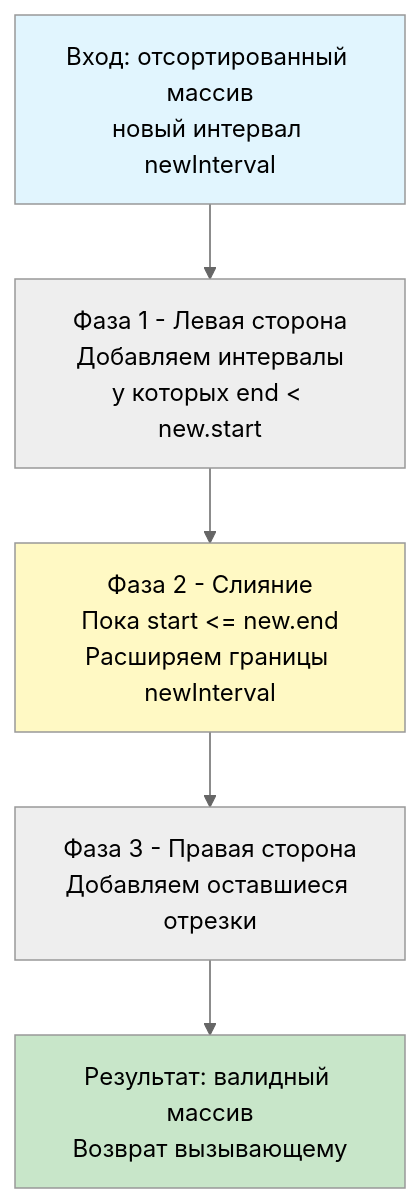
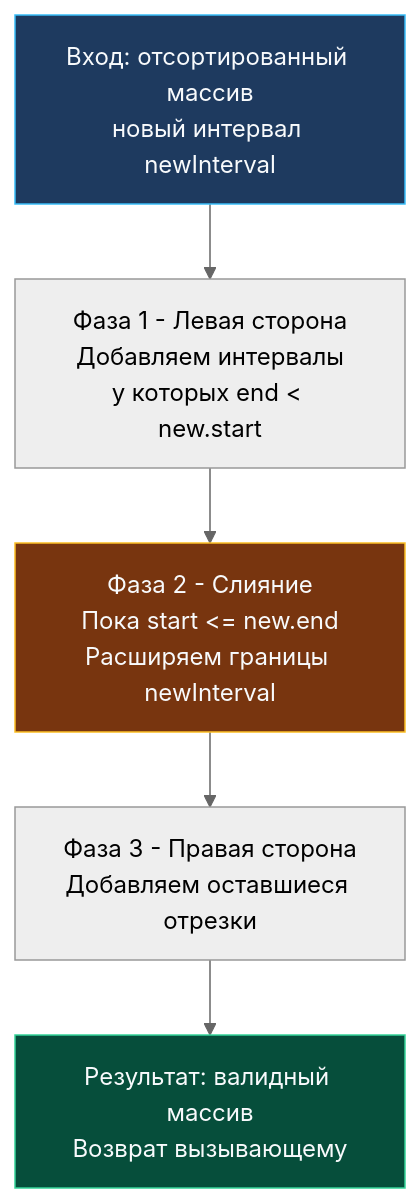
One commit to UnrealTemplier/go-textbook changed the diagram in sources/21. Задачи с LeetCode и собеседований на Go/02. Задачи/23. Интервалы/4. Insert Interval.md. Above: the diagram before and after it, drawn with Mermaid (neutral theme). The commit also changed 310 other files, not shown here.

First line of the commit message:
fix(mermaid): replace light fill colors with dark palette for readability on dark theme

````diff
--- a/sources/21. Задачи с LeetCode и собеседований на Go/02. Задачи/23. Интервалы/4. Insert Interval.md
+++ b/sources/21. Задачи с LeetCode и собеседований на Go/02. Задачи/23. Интервалы/4. Insert Interval.md
@@ -15,11 +15,11 @@
 ```mermaid
 flowchart TD
   Start["Вход: отсортированный массив<br>новый интервал newInterval"] --> Phase1["Фаза 1 - Левая сторона<br>Добавляем интервалы<br>у которых end < new.start"]
   Phase1 --> Phase2["Фаза 2 - Слияние<br>Пока start <= new.end<br>Расширяем границы newInterval"]
   Phase2 --> Phase3["Фаза 3 - Правая сторона<br>Добавляем оставшиеся отрезки"]
   Phase3 --> End["Результат: валидный массив<br>Возврат вызывающему"]
   
-  style Start fill:#e1f5fe
-  style End fill:#c8e6c9
-  style Phase2 fill:#fff9c4
+  style Start fill:#1e3a5f,stroke:#38bdf8,color:#f8fafc
+  style End fill:#064e3b,stroke:#34d399,color:#f8fafc
+  style Phase2 fill:#78350f,stroke:#fbbf24,color:#f8fafc
 ```
````
